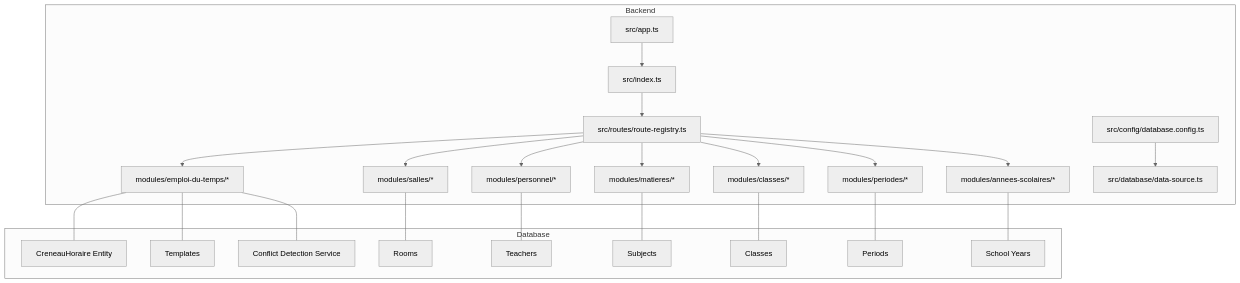
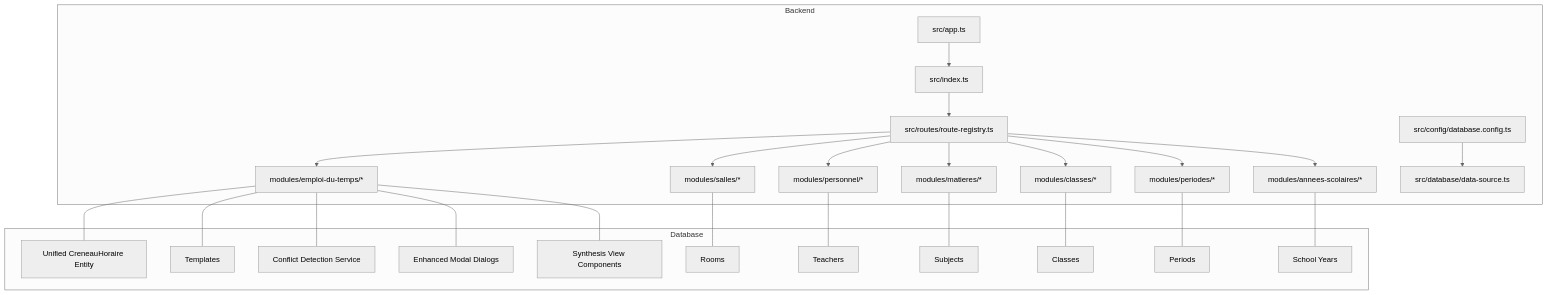
Before and after one commit to franckylab/eLISAschool: the first of 11 diagrams in .qoder/repowiki/en/content/Academic Management System/Class & Schedule Management/Timetable Creation & Scheduling.md, drawn with Mermaid (neutral theme). The commit also changed other lines of this file and 49 other files, not shown here.

First line of the commit message:
refactor(timetable): unifier CreneauHoraire pour simplifier la gestion des horaires

````diff
--- a/.qoder/repowiki/en/content/Academic Management System/Class & Schedule Management/Timetable Creation & Scheduling.md
+++ b/.qoder/repowiki/en/content/Academic Management System/Class & Schedule Management/Timetable Creation & Scheduling.md
@@ -120,35 +121,39 @@
 ```mermaid
 graph TB
 subgraph "Backend"
 A["src/app.ts"] --> B["src/index.ts"]
 B --> C["src/routes/route-registry.ts"]
 C --> D["modules/emploi-du-temps/*"]
 C --> E["modules/salles/*"]
 C --> F["modules/personnel/*"]
 C --> G["modules/matieres/*"]
 C --> H["modules/classes/*"]
 C --> I["modules/periodes/*"]
 C --> J["modules/annees-scolaires/*"]
 K["src/config/database.config.ts"] --> L["src/database/data-source.ts"]
 end
 subgraph "Database"
-M["CreneauHoraire Entity"]
+M["Unified CreneauHoraire Entity"]
 N["Templates"]
 O["Rooms"]
 P["Teachers"]
 Q["Subjects"]
 R["Classes"]
 S["Periods"]
 T["School Years"]
 U["Conflict Detection Service"]
+V["Enhanced Modal Dialogs"]
+W["Synthesis View Components"]
 end
 D --- M
 D --- N
 E --- O
 F --- P
 G --- Q
 H --- R
 I --- S
 J --- T
 D --- U
+D --- V
+D --- W
 ```
````
